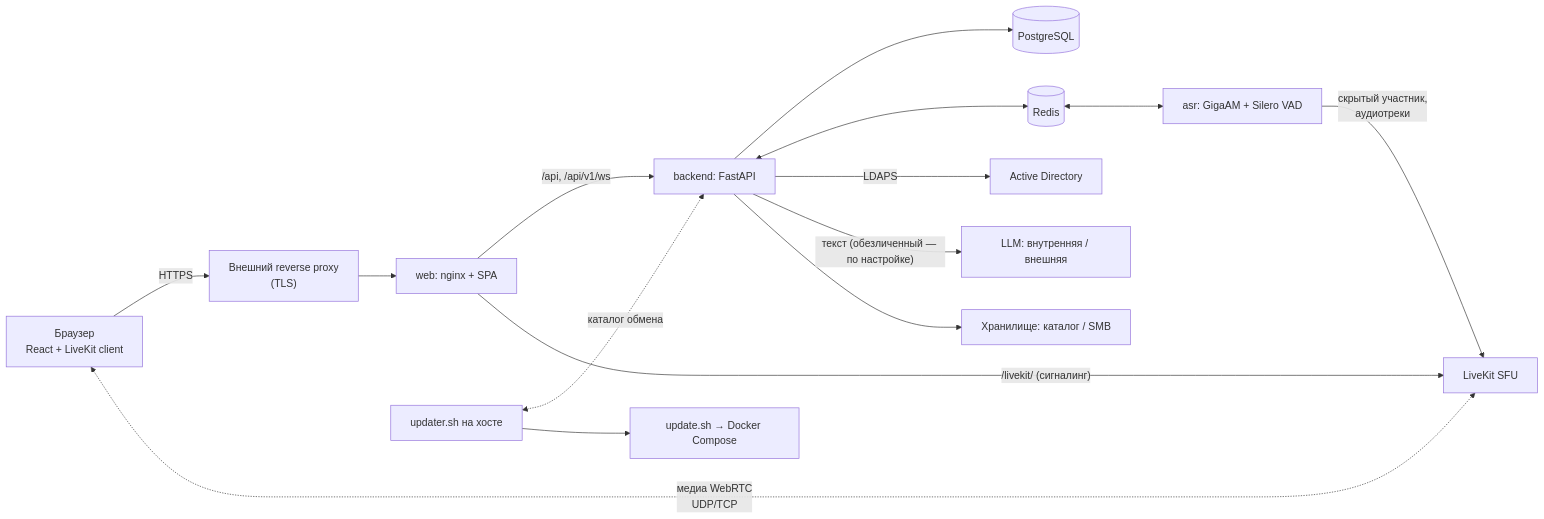
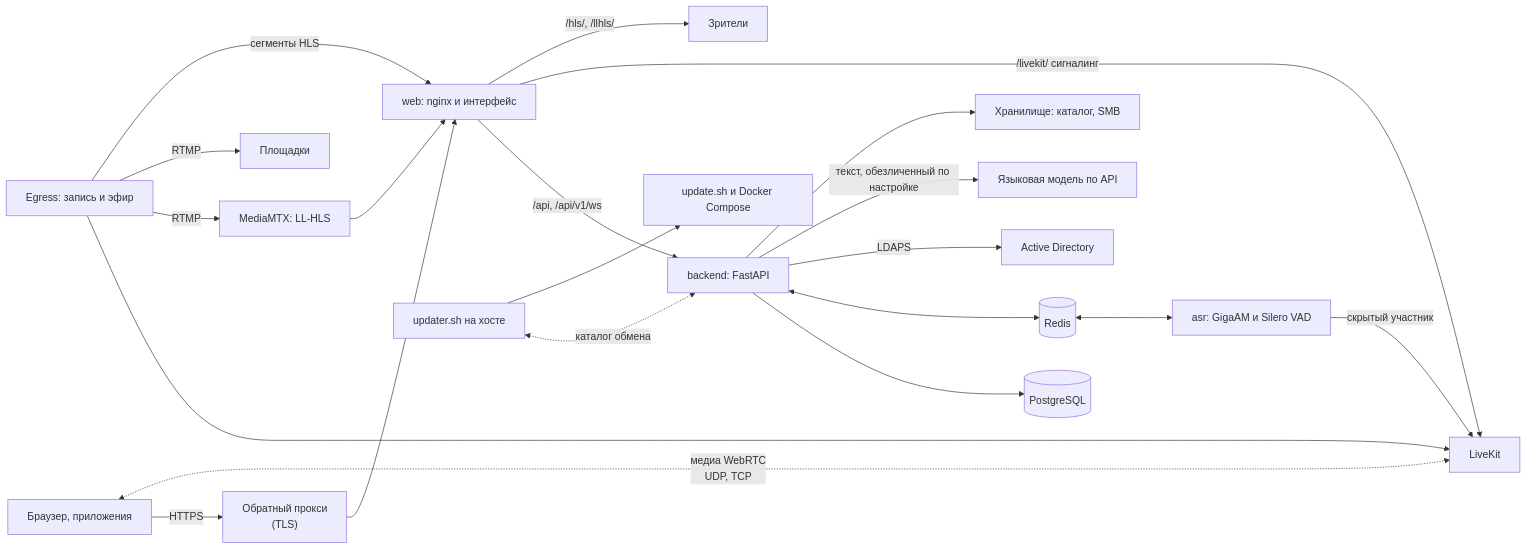
One commit to calleograph/peregovorka changed the diagram in wiki/Как-устроена-Peregovorka.md. Above: the diagram before and after it, drawn with Mermaid. The commit also changed other lines of this file and 322 other files, not shown here.

````diff
--- a/wiki/Как-устроена-Peregovorka.md
+++ b/wiki/Как-устроена-Peregovorka.md
@@ -7,17 +9,23 @@
 ```mermaid
 flowchart LR
-  B["Браузер<br/>React + LiveKit client"] -- "HTTPS" --> P["Внешний reverse proxy<br/>(TLS)"]
-  P --> W["web: nginx + SPA"]
+  B["Браузер, приложения"] -- "HTTPS" --> P["Обратный прокси<br/>(TLS)"]
+  P --> W["web: nginx и интерфейс"]
   W -- "/api, /api/v1/ws" --> BE["backend: FastAPI"]
-  W -- "/livekit/ (сигналинг)" --> LK["LiveKit SFU"]
-  B <-. "медиа WebRTC<br/>UDP/TCP" .-> LK
+  W -- "/livekit/ сигналинг" --> LK["LiveKit"]
+  B <-. "медиа WebRTC<br/>UDP, TCP" .-> LK
   BE --> PG[("PostgreSQL")]
   BE <--> R[("Redis")]
   BE -- "LDAPS" --> AD["Active Directory"]
-  BE -- "текст (обезличенный — по настройке)" --> LLM["LLM: внутренняя / внешняя"]
-  BE --> ST["Хранилище: каталог / SMB"]
-  R <--> ASR["asr: GigaAM + Silero VAD"]
-  ASR -- "скрытый участник,<br/>аудиотреки" --> LK
+  BE -- "текст, обезличенный по настройке" --> LLM["Языковая модель по API"]
+  BE --> ST["Хранилище: каталог, SMB"]
+  R <--> ASR["asr: GigaAM и Silero VAD"]
+  ASR -- "скрытый участник" --> LK
+  EG["Egress: запись и эфир"] --> LK
+  EG -- "RTMP" --> MM["MediaMTX: LL-HLS"]
+  EG -- "RTMP" --> PL["Площадки"]
+  W -- "/hls/, /llhls/" --> V["Зрители"]
+  MM --> W
+  EG -- "сегменты HLS" --> W
   UP["updater.sh на хосте"] <-. "каталог обмена" .-> BE
-  UP --> UPD["update.sh → Docker Compose"]
+  UP --> UPD["update.sh и Docker Compose"]
 ```
````
